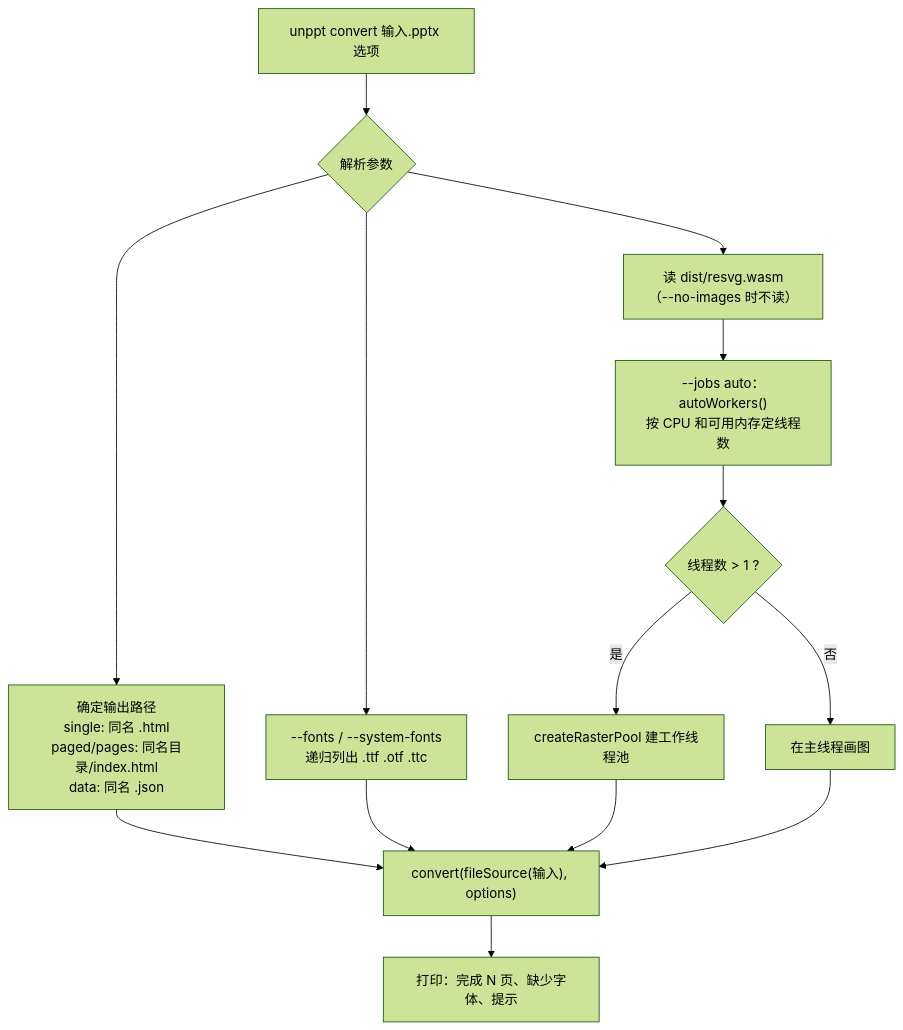
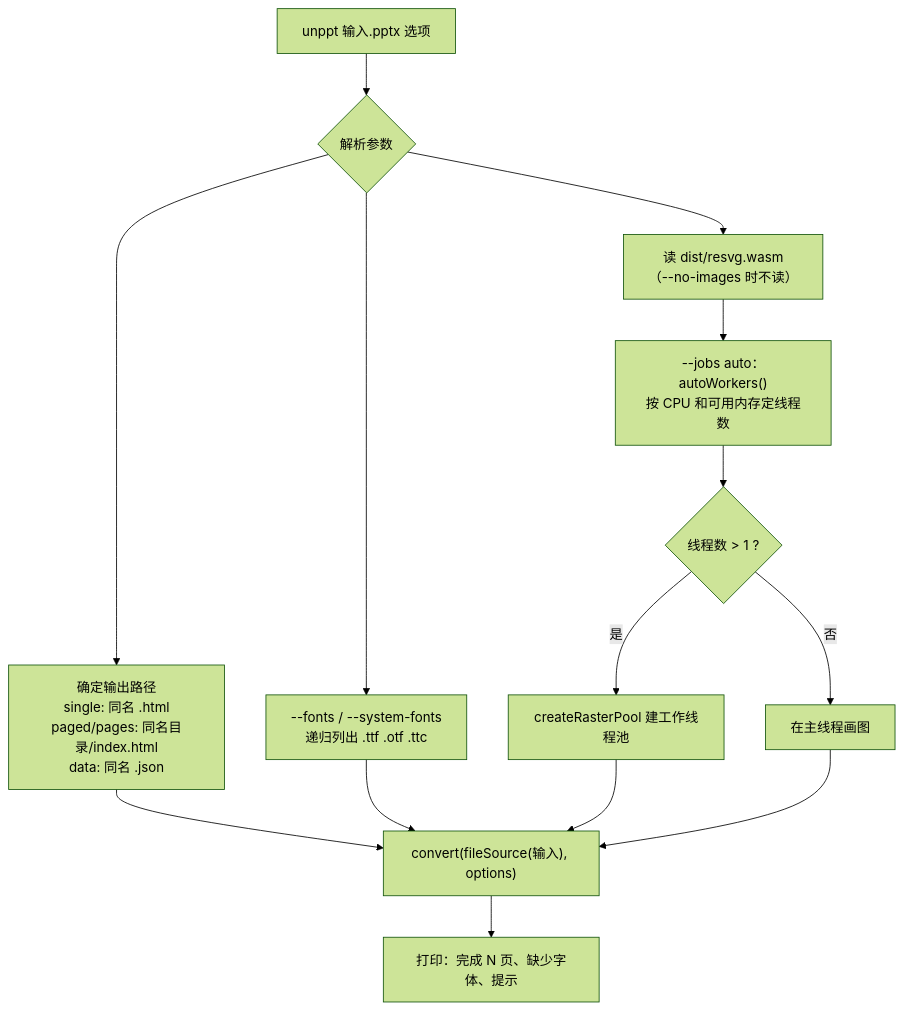
Before and after one commit to spitmaster/unppt: the fourth of 22 diagrams in docs/zh/transcoding.md, drawn with Mermaid (forest theme). The commit also changed other lines of this file and 24 other files, not shown here.

First line of the commit message:
release: 0.2.0 命令行简化为 unppt <文件.pptx>

````diff
--- a/docs/zh/transcoding.md
+++ b/docs/zh/transcoding.md
@@ -211,13 +211,13 @@
 ```mermaid
 flowchart TD
-  A["unppt convert 输入.pptx 选项"] --> B{"解析参数"}
+  A["unppt 输入.pptx 选项"] --> B{"解析参数"}
   B --> C["确定输出路径<br/>single: 同名 .html<br/>paged/pages: 同名目录/index.html<br/>data: 同名 .json"]
   B --> D["--fonts / --system-fonts<br/>递归列出 .ttf .otf .ttc"]
   B --> E["读 dist/resvg.wasm<br/>（--no-images 时不读）"]
   E --> F["--jobs auto：autoWorkers()<br/>按 CPU 和可用内存定线程数"]
   F --> G{"线程数 > 1 ?"}
   G -->|是| H["createRasterPool 建工作线程池"]
   G -->|否| I["在主线程画图"]
   C & D & H & I --> J["convert(fileSource(输入), options)"]
   J --> K["打印：完成 N 页、缺少字体、提示"]
 ```
````
